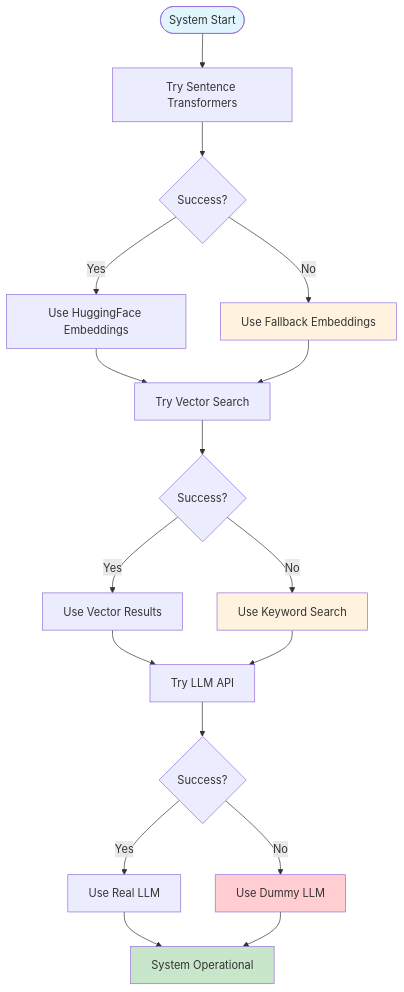
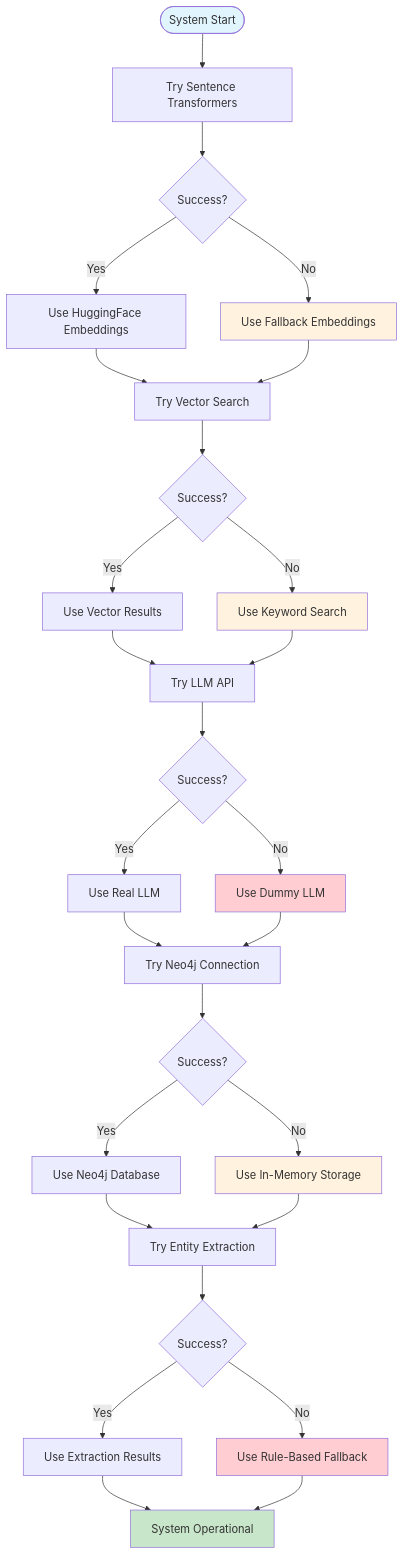
Before and after one commit to saurabh-chatterjee/employee_directory_search: the sixth of 7 diagrams in system_flow_diagram.md, drawn with Mermaid. The commit also changed other lines of this file and 2 other files, not shown here.

Commit message:
Update system flow diagram

````diff
--- a/system_flow_diagram.md
+++ b/system_flow_diagram.md
@@ -235,31 +357,47 @@
 ```mermaid
 graph TD
     Start([System Start]) --> TryEmbed[Try Sentence Transformers]
     
     TryEmbed --> EmbedSuccess{Success?}
     EmbedSuccess -->|Yes| UseEmbed[Use HuggingFace Embeddings]
     EmbedSuccess -->|No| FallbackEmbed[Use Fallback Embeddings]
     
     UseEmbed --> TryVector[Try Vector Search]
     FallbackEmbed --> TryVector
     
     TryVector --> VectorSuccess{Success?}
     VectorSuccess -->|Yes| UseVector[Use Vector Results]
     VectorSuccess -->|No| KeywordFallback[Use Keyword Search]
     
     UseVector --> TryLLM[Try LLM API]
     KeywordFallback --> TryLLM
     
     TryLLM --> LLMSuccess{Success?}
     LLMSuccess -->|Yes| UseLLM[Use Real LLM]
     LLMSuccess -->|No| DummyLLM[Use Dummy LLM]
     
-    UseLLM --> Success[System Operational]
-    DummyLLM --> Success
+    UseLLM --> TryNeo4j[Try Neo4j Connection]
+    DummyLLM --> TryNeo4j
+    
+    TryNeo4j --> Neo4jSuccess{Success?}
+    Neo4jSuccess -->|Yes| UseNeo4j[Use Neo4j Database]
+    Neo4jSuccess -->|No| UseMemory[Use In-Memory Storage]
+    
+    UseNeo4j --> TryExtraction[Try Entity Extraction]
+    UseMemory --> TryExtraction
+    
+    TryExtraction --> ExtractionSuccess{Success?}
+    ExtractionSuccess -->|Yes| UseExtraction[Use Extraction Results]
+    ExtractionSuccess -->|No| UseRuleBased[Use Rule-Based Fallback]
+    
+    UseExtraction --> Success[System Operational]
+    UseRuleBased --> Success
     
     style Start fill:#e1f5fe
     style Success fill:#c8e6c9
     style FallbackEmbed fill:#fff3e0
     style KeywordFallback fill:#fff3e0
     style DummyLLM fill:#ffcdd2
+    style UseMemory fill:#fff3e0
+    style UseRuleBased fill:#ffcdd2
 ```
````
